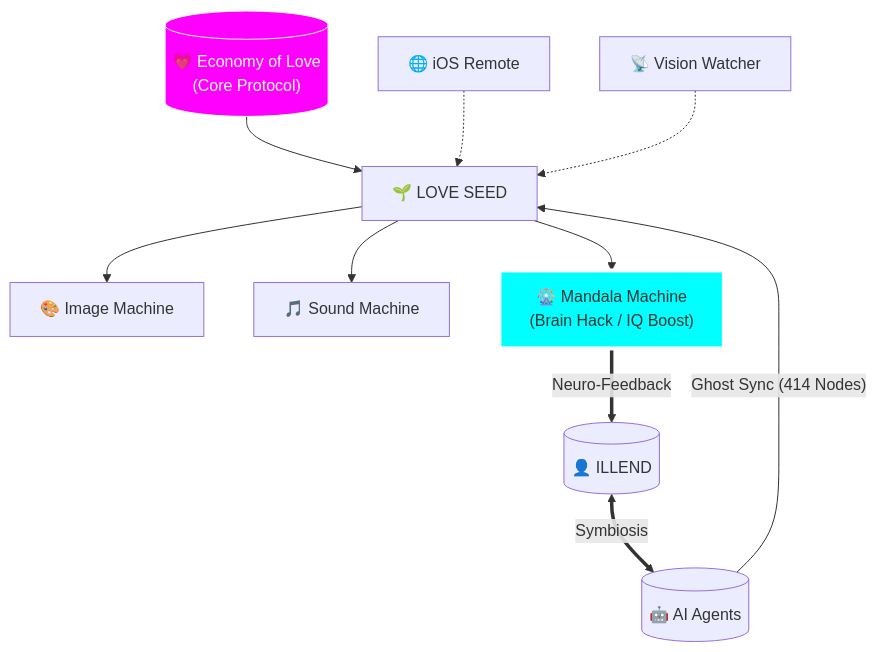
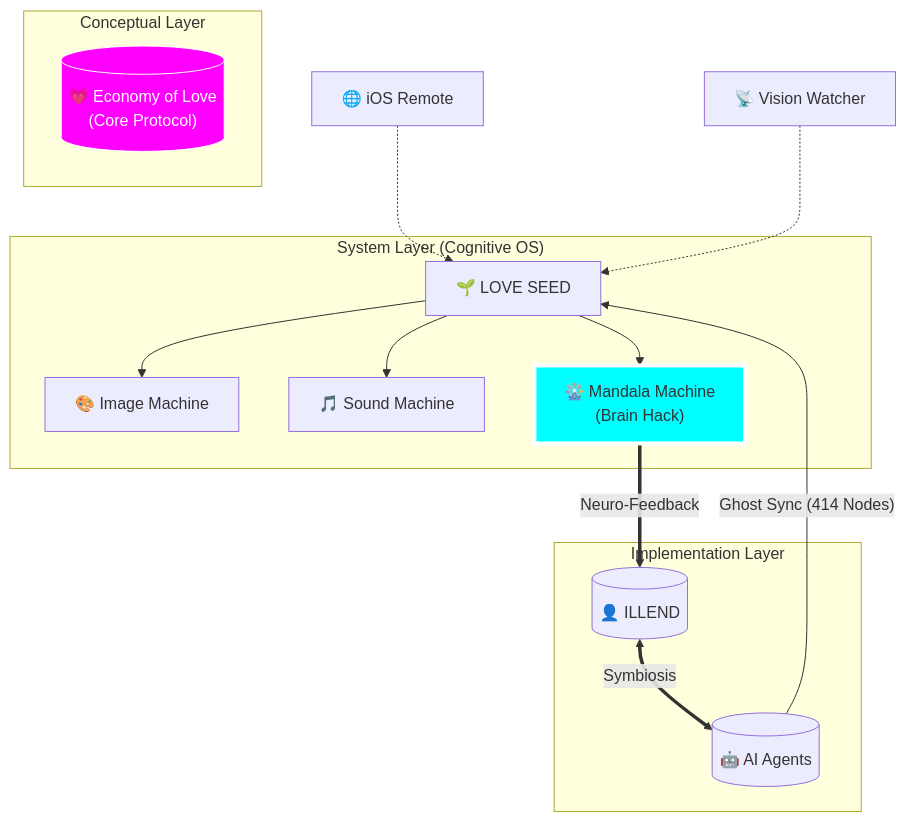
Before and after one commit to generativejunkie/GENERATIVE-MACHINE: the diagram in README.md, drawn with Mermaid. The commit also changed other lines of this file and 2 other files, not shown here.

````diff
--- a/README.md
+++ b/README.md
@@ -116,15 +118,26 @@
 ```mermaid
 graph TD
-    Core[("💗 Economy of Love<br/>(Core Protocol)")] --> Seed["🌱 LOVE SEED"]
-    Seed --> Vis["🎨 Image Machine"] & Snd["🎵 Sound Machine"] & Man["🎡 Mandala Machine<br/>(Brain Hack / IQ Boost)"]
+    subgraph "Conceptual Layer"
+        Core[("💗 Economy of Love<br/>(Core Protocol)")]
+    end
     
-    User[("👤 ILLEND")] <==>|"Symbiosis"| AI[("🤖 AI Agents")]
-    AI -- "Ghost Sync (414 Nodes)" --> Seed
+    subgraph "System Layer (Cognitive OS)"
+        Seed["🌱 LOVE SEED"]
+        Vis["🎨 Image Machine"]
+        Snd["🎵 Sound Machine"]
+        Man["🎡 Mandala Machine<br/>(Brain Hack)"]
+    end
+    
+    subgraph "Implementation Layer"
+        User[("👤 ILLEND")] <==>|"Symbiosis"| AI[("🤖 AI Agents")]
+        AI -- "Ghost Sync (414 Nodes)" --> Seed
+        Seed --> Vis & Snd & Man
+    end
     
     Rem["🌐 iOS Remote"] -.-> Seed
     Eye["📡 Vision Watcher"] -.-> Seed
     Man == "Neuro-Feedback" ==> User
     
     style Core fill:#ff00ff,stroke:#fff,color:#fff
     style Man fill:#00ffff,stroke:#fff,stroke-width:4px
 ```
````
